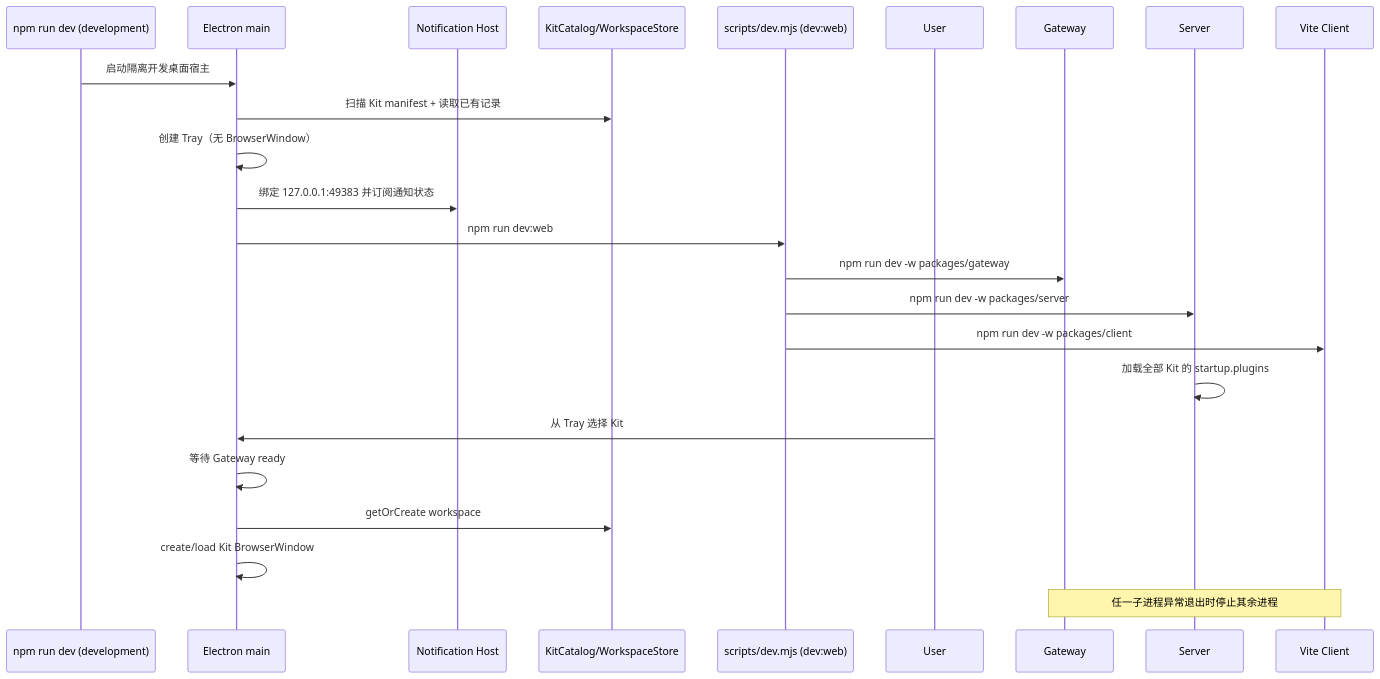
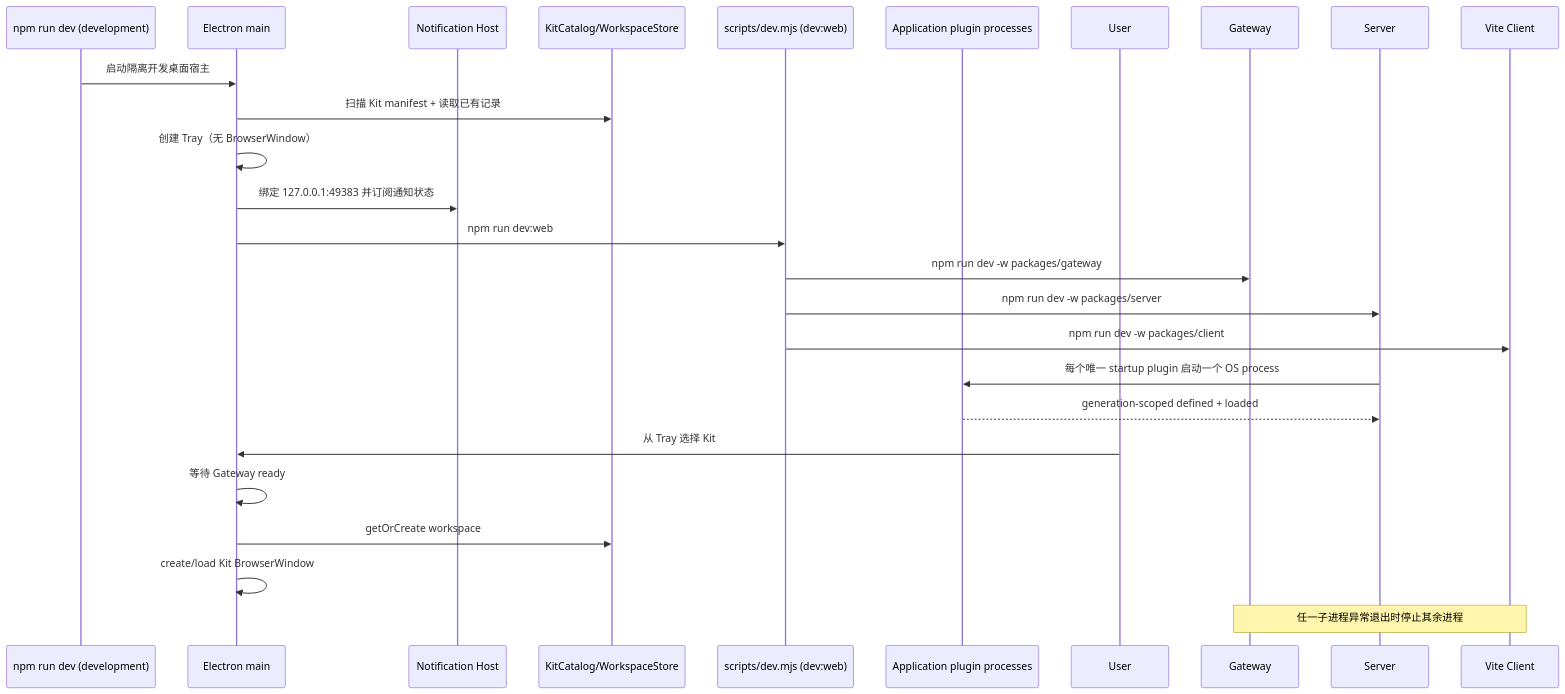
One commit to itharbors/harbors changed the first of 5 diagrams in docs/architecture/runtime-flows.md. Above: the diagram before and after it, drawn with Mermaid. The commit also changed other lines of this file and 53 other files, not shown here.

````diff
--- a/docs/architecture/runtime-flows.md
+++ b/docs/architecture/runtime-flows.md
@@ -15,26 +15,28 @@
 ```mermaid
 sequenceDiagram
     participant CLI as npm run dev (development)
     participant E as Electron main
     participant N as Notification Host
     participant K as KitCatalog/WorkspaceStore
     participant Web as scripts/dev.mjs (dev:web)
+    participant P as Application plugin processes
     participant U as User
     participant G as Gateway
     participant S as Server
     participant C as Vite Client
     CLI->>E: 启动隔离开发桌面宿主
     E->>K: 扫描 Kit manifest + 读取已有记录
     E->>E: 创建 Tray（无 BrowserWindow）
     E->>N: 绑定 127.0.0.1:49383 并订阅通知状态
     E->>Web: npm run dev:web
     Web->>G: npm run dev -w packages/gateway
     Web->>S: npm run dev -w packages/server
     Web->>C: npm run dev -w packages/client
-    S->>S: 加载全部 Kit 的 startup.plugins
+    S->>P: 每个唯一 startup plugin 启动一个 OS process
+    P-->>S: generation-scoped defined + loaded
     U->>E: 从 Tray 选择 Kit
     E->>E: 等待 Gateway ready
     E->>K: getOrCreate workspace
     E->>E: create/load Kit BrowserWindow
     Note over G,C: 任一子进程异常退出时停止其余进程
 ```
````
